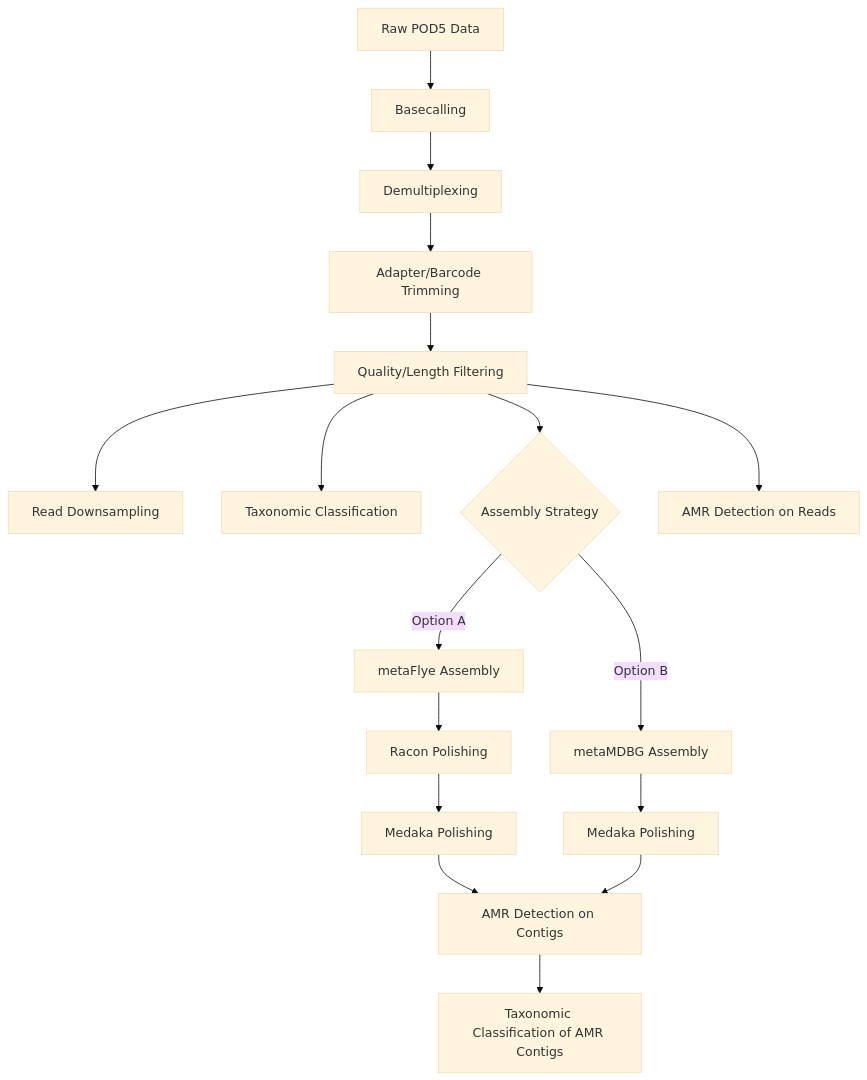
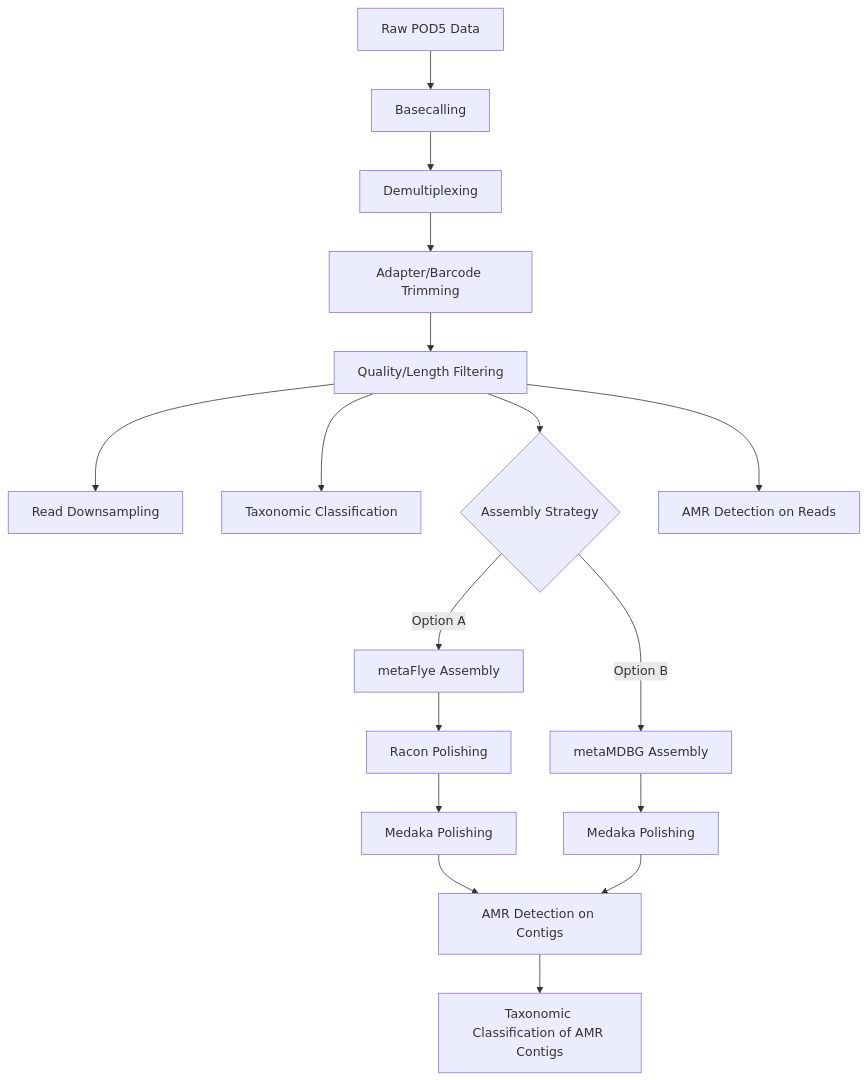
The diagram in dna_shotgun_analysis_pipeline.md (ttmgr/Wetland_Health), drawn with Mermaid before and after one commit.

````diff
--- a/dna_shotgun_analysis_pipeline.md
+++ b/dna_shotgun_analysis_pipeline.md
@@ -35,20 +35,19 @@
 ```mermaid
-%%{init: {'theme':'base'}}%%
 graph TD
     A[Raw POD5 Data] --> B[Basecalling]
     B --> C[Demultiplexing]
     C --> D[Adapter/Barcode Trimming]
     D --> E[Quality/Length Filtering]
     E --> F[Read Downsampling]
     E --> G[Taxonomic Classification]
     E --> H{Assembly Strategy}
     H -->|Option A| I[metaFlye Assembly]
     H -->|Option B| J[metaMDBG Assembly]
     I --> K[Racon Polishing]
     K --> L[Medaka Polishing]
     J --> M[Medaka Polishing]
     E --> N[AMR Detection on Reads]
     L --> O[AMR Detection on Contigs]
     M --> O
     O --> P[Taxonomic Classification of AMR Contigs]
 ```
````
